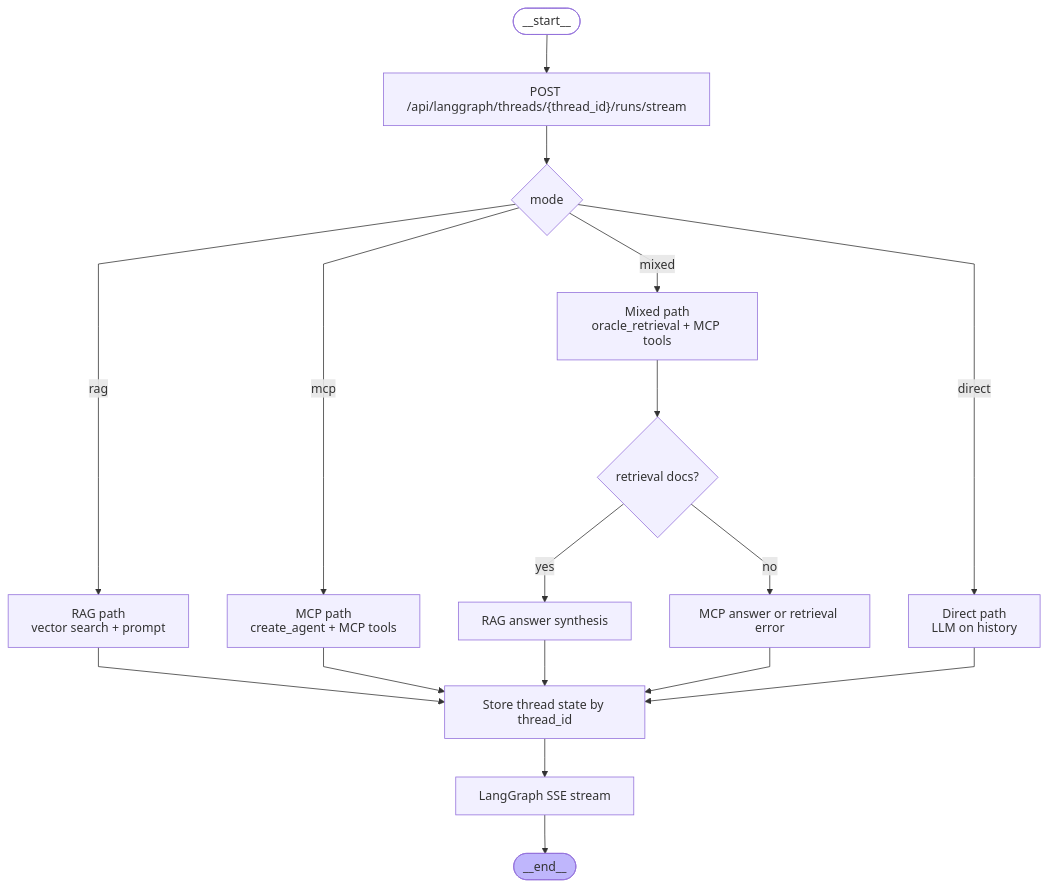
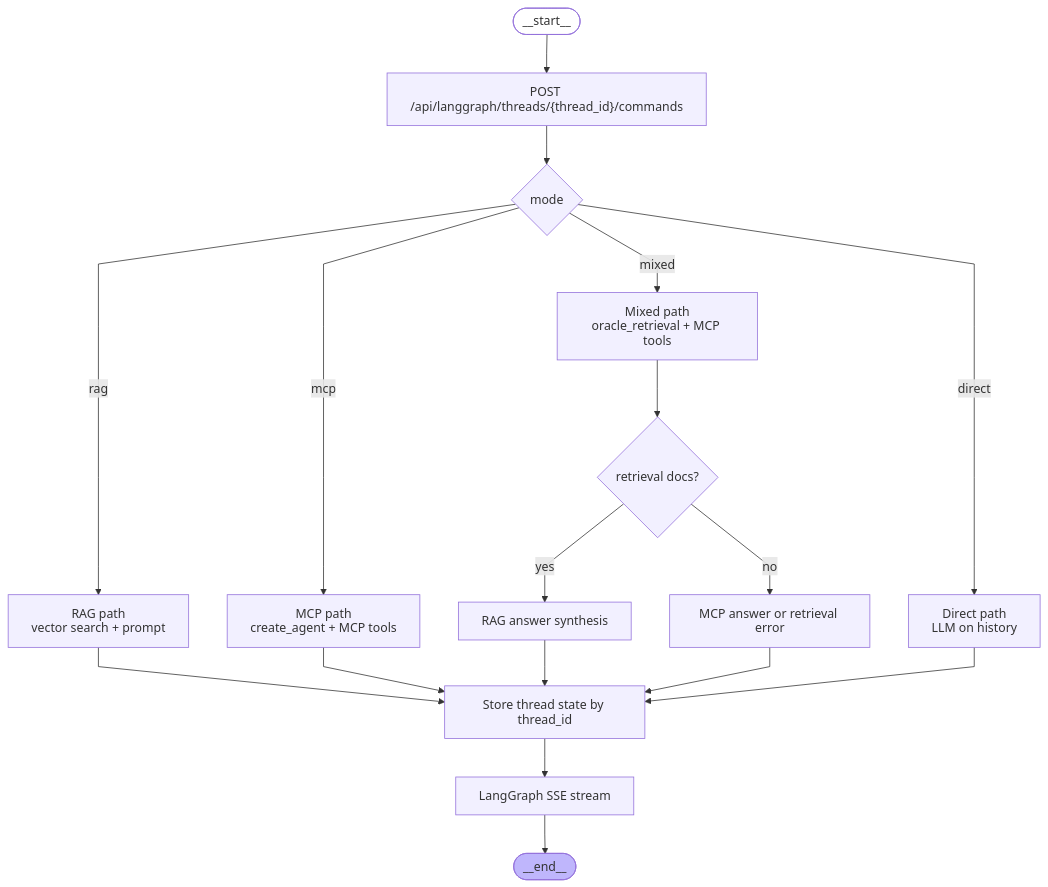
The first of 2 diagrams in docs/README.md (varunyn/Oracle-26ai-LangChain-RAG), drawn with Mermaid before and after one commit. The commit also changed 28 other files, not shown here.

````diff
--- a/docs/README.md
+++ b/docs/README.md
@@ -35,40 +35,40 @@
 ```mermaid
 ---
 config:
   flowchart:
     curve: linear
 ---
 graph TD;
     __start__([<p>__start__</p>]):::first
-    ChatRequest["POST /api/langgraph/threads/{thread_id}/runs/stream"]
+    ChatRequest["POST /api/langgraph/threads/{thread_id}/commands"]
     Mode{"mode"}
     RAG["RAG path<br/>vector search + prompt"]
     MCP["MCP path<br/>create_agent + MCP tools"]
     Mixed["Mixed path<br/>oracle_retrieval + MCP tools"]
     MixedDocs{"retrieval docs?"}
     MixedRAG["RAG answer synthesis"]
     MixedMCP["MCP answer or retrieval error"]
     Direct["Direct path<br/>LLM on history"]
     Persist["Store thread state by thread_id"]
     Stream["LangGraph SSE stream"]
     __end__([<p>__end__</p>]):::last
     __start__ --> ChatRequest
     ChatRequest --> Mode
     Mode -->|rag| RAG
     Mode -->|mcp| MCP
     Mode -->|mixed| Mixed
     Mixed --> MixedDocs
     MixedDocs -->|yes| MixedRAG
     MixedDocs -->|no| MixedMCP
     Mode -->|direct| Direct
     RAG --> Persist
     MCP --> Persist
     MixedRAG --> Persist
     MixedMCP --> Persist
     Direct --> Persist
     Persist --> Stream
     Stream --> __end__
     classDef default fill:#f2f0ff,line-height:1.2
     classDef first fill-opacity:0
     classDef last fill:#bfb6fc
 ```
````
